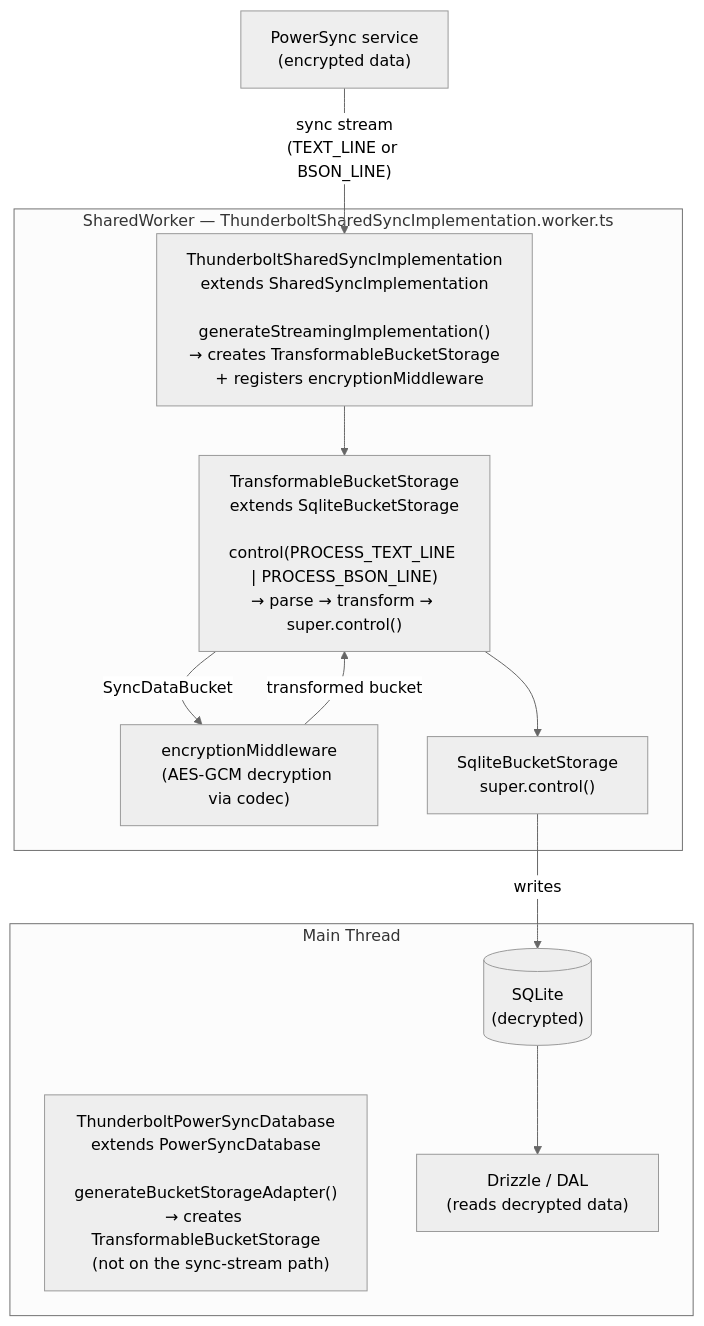
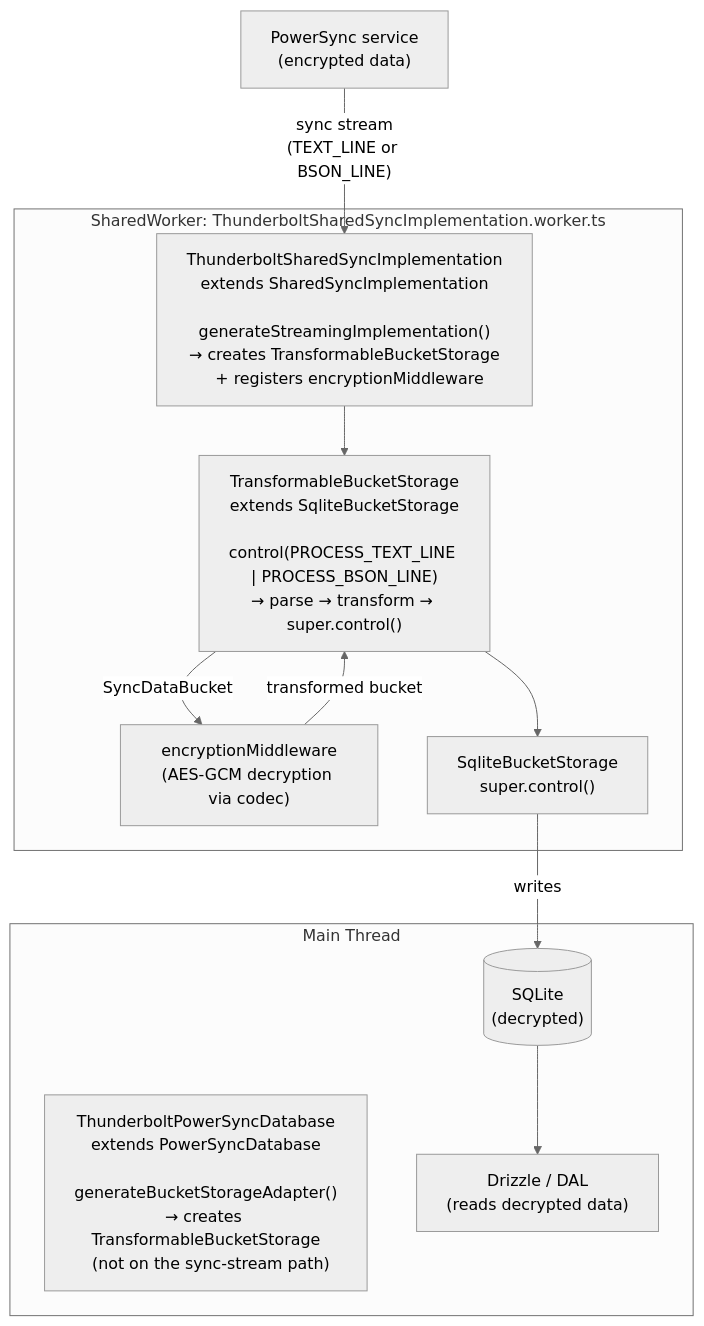
One commit to thunderbird/thunderbolt changed the first of 2 diagrams in docs/architecture/powersync-sync-middleware.md. Above: the diagram before and after it, drawn with Mermaid (neutral theme). The commit also changed other lines of this file and 61 other files, not shown here.

````diff
--- a/docs/architecture/powersync-sync-middleware.md
+++ b/docs/architecture/powersync-sync-middleware.md
@@ -37,25 +31,25 @@
 ```mermaid
 flowchart TD
     Server["PowerSync service<br/>(encrypted data)"]
 
     subgraph MainThread["Main Thread"]
         TPS["ThunderboltPowerSyncDatabase<br/>extends PowerSyncDatabase<br/><br/>generateBucketStorageAdapter()<br/>→ creates TransformableBucketStorage<br/>  (not on the sync-stream path)"]
         Drizzle["Drizzle / DAL<br/>(reads decrypted data)"]
         SQLite[("SQLite<br/>(decrypted)")]
     end
 
-    subgraph SharedWorker["SharedWorker — ThunderboltSharedSyncImplementation.worker.ts"]
+    subgraph SharedWorker["SharedWorker: ThunderboltSharedSyncImplementation.worker.ts"]
         TSSI["ThunderboltSharedSyncImplementation<br/>extends SharedSyncImplementation<br/><br/>generateStreamingImplementation()<br/>→ creates TransformableBucketStorage<br/>  + registers encryptionMiddleware"]
         TBS["TransformableBucketStorage<br/>extends SqliteBucketStorage<br/><br/>control(PROCESS_TEXT_LINE | PROCESS_BSON_LINE)<br/>→ parse → transform → super.control()"]
         MW["encryptionMiddleware<br/>(AES-GCM decryption via codec)"]
         SBS["SqliteBucketStorage<br/>super.control()"]
     end
 
     Server -->|"sync stream<br/>(TEXT_LINE or BSON_LINE)"| TSSI
     TSSI --> TBS
     TBS -->|"SyncDataBucket"| MW
     MW -->|"transformed bucket"| TBS
     TBS --> SBS
     SBS -->|"writes"| SQLite
     SQLite --> Drizzle
 ```
````
